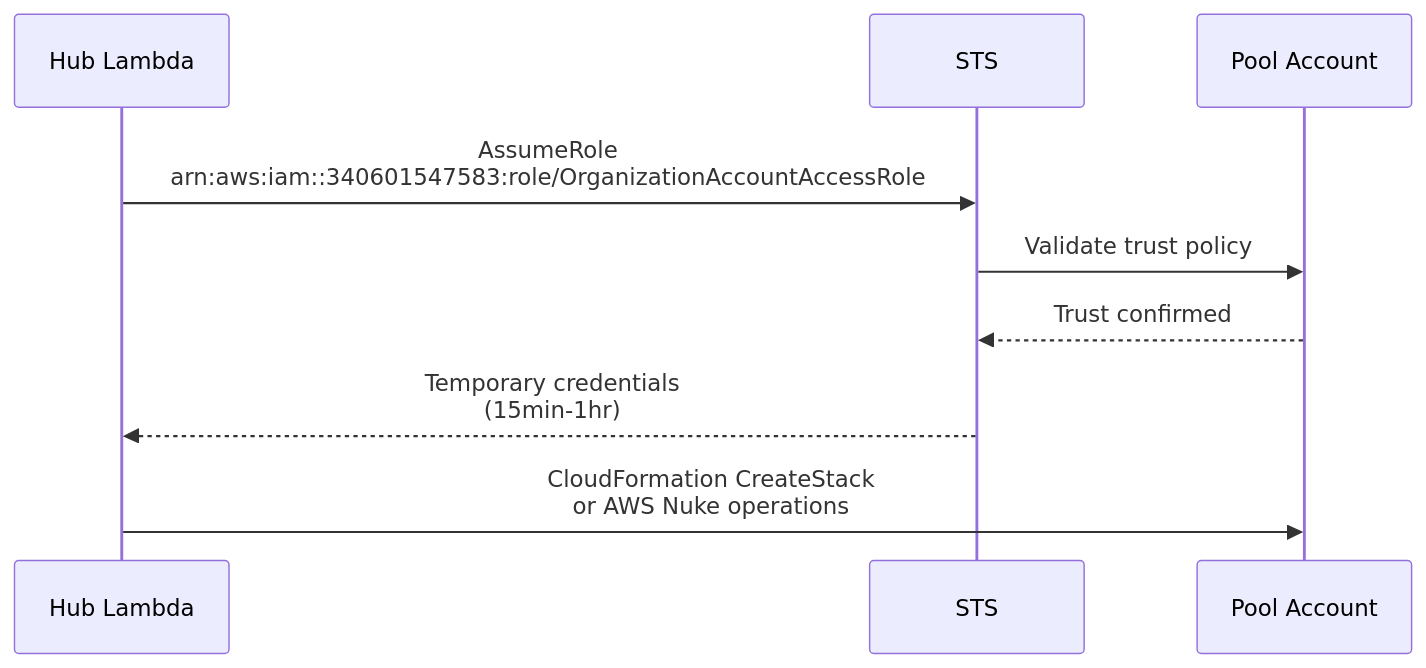
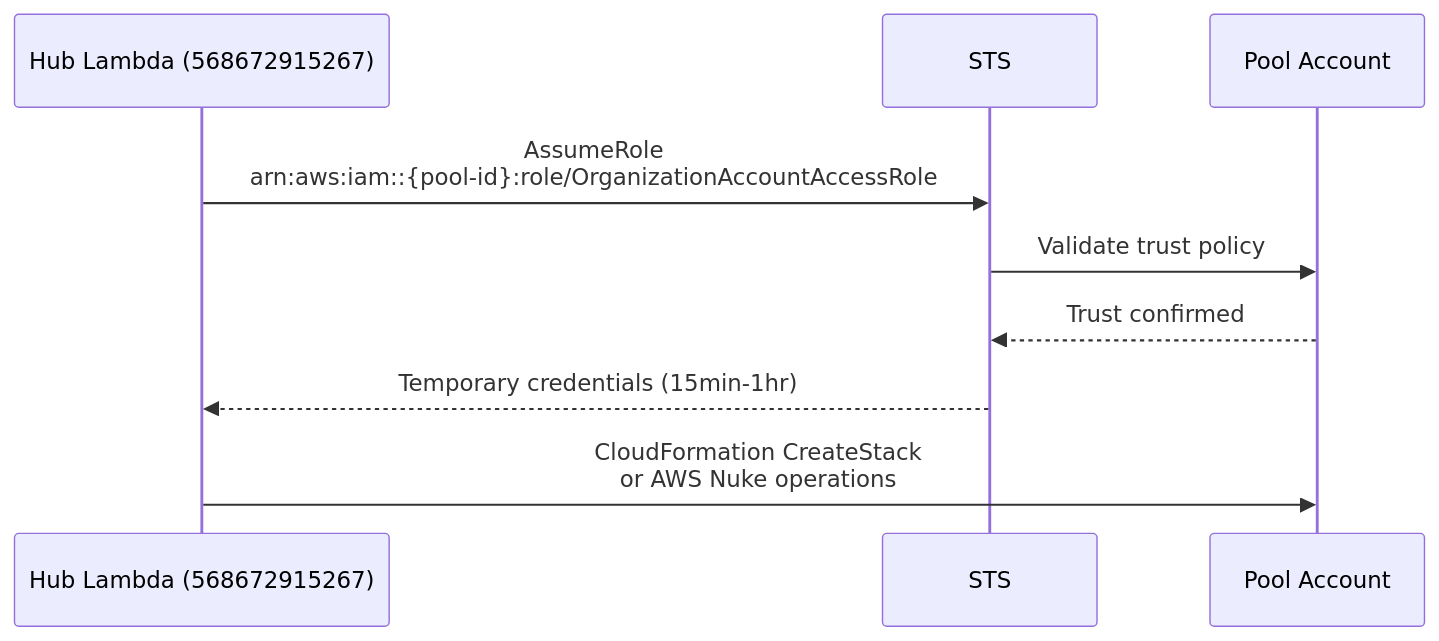
The fifth of 6 diagrams in docs/81-aws-architecture.md (co-cddo/ndx-try-arch), drawn with Mermaid before and after one commit. The commit also changed other lines of this file and 41 other files, not shown here.

First line of the commit message:
docs: update NDX architecture documentation (#9)

````diff
--- a/docs/81-aws-architecture.md
+++ b/docs/81-aws-architecture.md
@@ -155,12 +237,12 @@
 ```mermaid
 sequenceDiagram
-    participant Hub Lambda
+    participant Hub Lambda (568672915267)
     participant STS
     participant Pool Account
 
-    Hub Lambda->>STS: AssumeRole<br/>arn:aws:iam::340601547583:role/OrganizationAccountAccessRole
+    Hub Lambda (568672915267)->>STS: AssumeRole<br/>arn:aws:iam::{pool-id}:role/OrganizationAccountAccessRole
     STS->>Pool Account: Validate trust policy
     Pool Account-->>STS: Trust confirmed
-    STS-->>Hub Lambda: Temporary credentials<br/>(15min-1hr)
-    Hub Lambda->>Pool Account: CloudFormation CreateStack<br/>or AWS Nuke operations
+    STS-->>Hub Lambda (568672915267): Temporary credentials (15min-1hr)
+    Hub Lambda (568672915267)->>Pool Account: CloudFormation CreateStack<br/>or AWS Nuke operations
 ```
````
